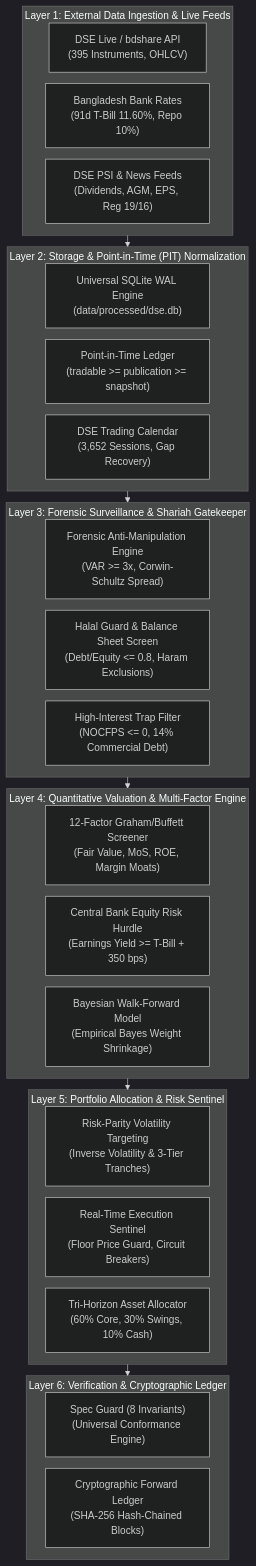
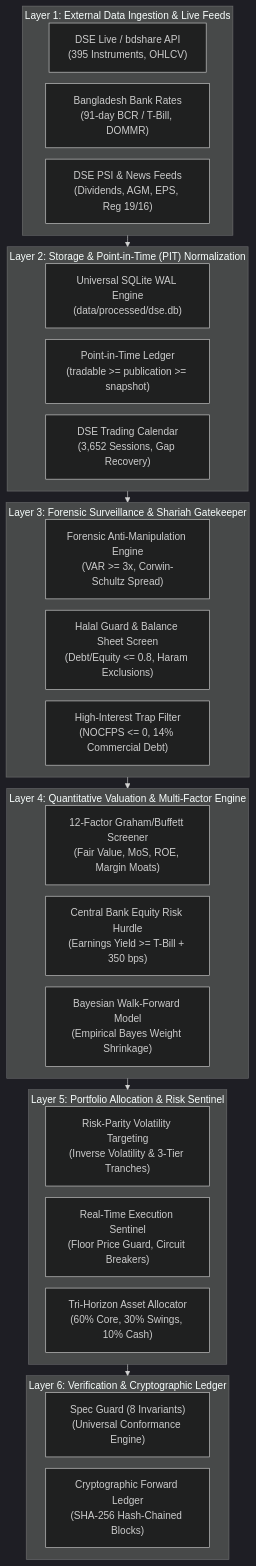
One commit to ashik1291/stock_market_expert_bd changed the diagram in README.md. Above: the diagram before and after it, drawn with Mermaid (dark theme). The commit also changed other lines of this file and 844 other files, not shown here.

````diff
--- a/README.md
+++ b/README.md
@@ -61,44 +61,44 @@
 ```mermaid
 %%{init: {"flowchart": {"rankSpacing": 18, "nodeSpacing": 18, "subGraphTitleMargin": {"top": 4, "bottom": 4}}}}%%
 flowchart TD
     subgraph L1["Layer 1: External Data Ingestion & Live Feeds"]
         DSE["DSE Live / bdshare API<br/>(395 Instruments, OHLCV)"]
-        BB["Bangladesh Bank Rates<br/>(91d T-Bill 11.60%, Repo 10%)"]
+        BB["Bangladesh Bank Rates<br/>(91-day BCR / T-Bill, DOMMR)"]
         PSI["DSE PSI & News Feeds<br/>(Dividends, AGM, EPS, Reg 19/16)"]
     end
 
     subgraph L2["Layer 2: Storage & Point-in-Time (PIT) Normalization"]
         WAL["Universal SQLite WAL Engine<br/>(data/processed/dse.db)"]
         PIT["Point-in-Time Ledger<br/>(tradable >= publication >= snapshot)"]
         CAL["DSE Trading Calendar<br/>(3,652 Sessions, Gap Recovery)"]
     end
 
     subgraph L3["Layer 3: Forensic Surveillance & Shariah Gatekeeper"]
         SURV["Forensic Anti-Manipulation Engine<br/>(VAR >= 3x, Corwin-Schultz Spread)"]
         HALAL["Halal Guard & Balance Sheet Screen<br/>(Debt/Equity <= 0.8, Haram Exclusions)"]
         DEBT["High-Interest Trap Filter<br/>(NOCFPS <= 0, 14% Commercial Debt)"]
     end
 
     subgraph L4["Layer 4: Quantitative Valuation & Multi-Factor Engine"]
         GRAHAM["12-Factor Graham/Buffett Screener<br/>(Fair Value, MoS, ROE, Margin Moats)"]
         HURDLE["Central Bank Equity Risk Hurdle<br/>(Earnings Yield >= T-Bill + 350 bps)"]
         BAYES["Bayesian Walk-Forward Model<br/>(Empirical Bayes Weight Shrinkage)"]
     end
 
     subgraph L5["Layer 5: Portfolio Allocation & Risk Sentinel"]
         PARITY["Risk-Parity Volatility Targeting<br/>(Inverse Volatility & 3-Tier Tranches)"]
         SENTINEL["Real-Time Execution Sentinel<br/>(Floor Price Guard, Circuit Breakers)"]
         HORIZON["Tri-Horizon Asset Allocator<br/>(60% Core, 30% Swings, 10% Cash)"]
     end
 
     subgraph L6["Layer 6: Verification & Cryptographic Ledger"]
         SPEC["Spec Guard (8 Invariants)<br/>(Universal Conformance Engine)"]
         LEDGER["Cryptographic Forward Ledger<br/>(SHA-256 Hash-Chained Blocks)"]
     end
 
     L1 --> L2
     L2 --> L3
     L3 --> L4
     L4 --> L5
     L5 --> L6
 ```
````
